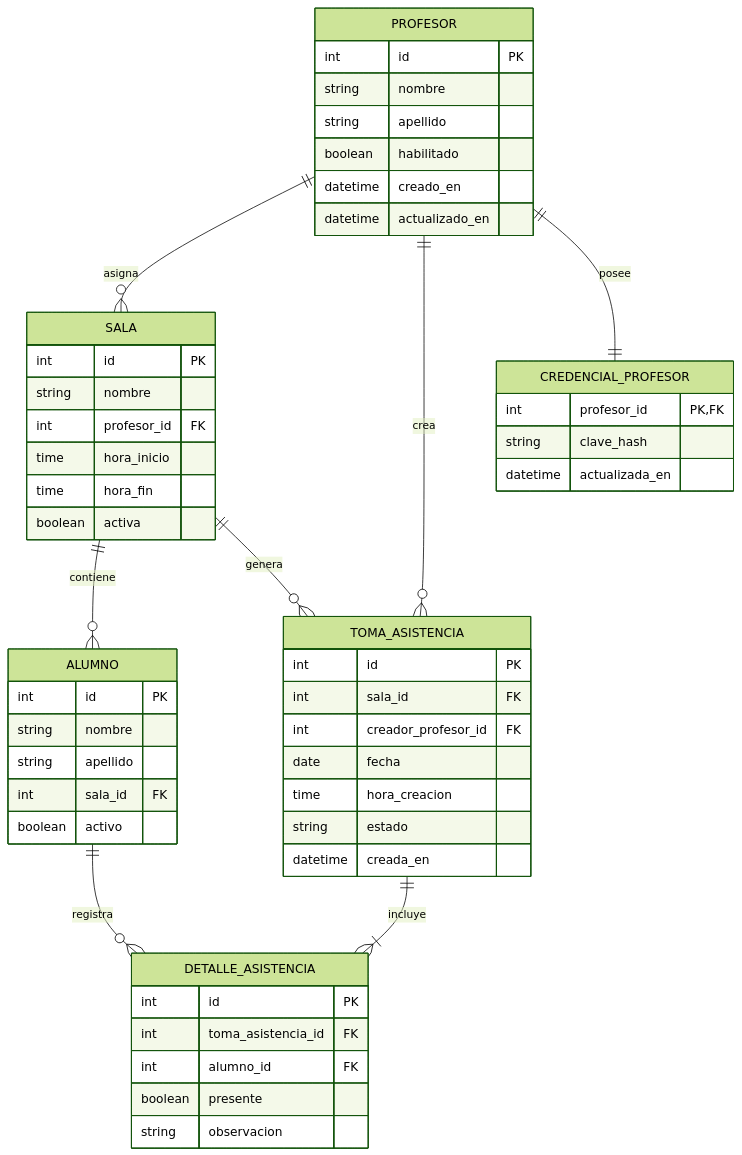
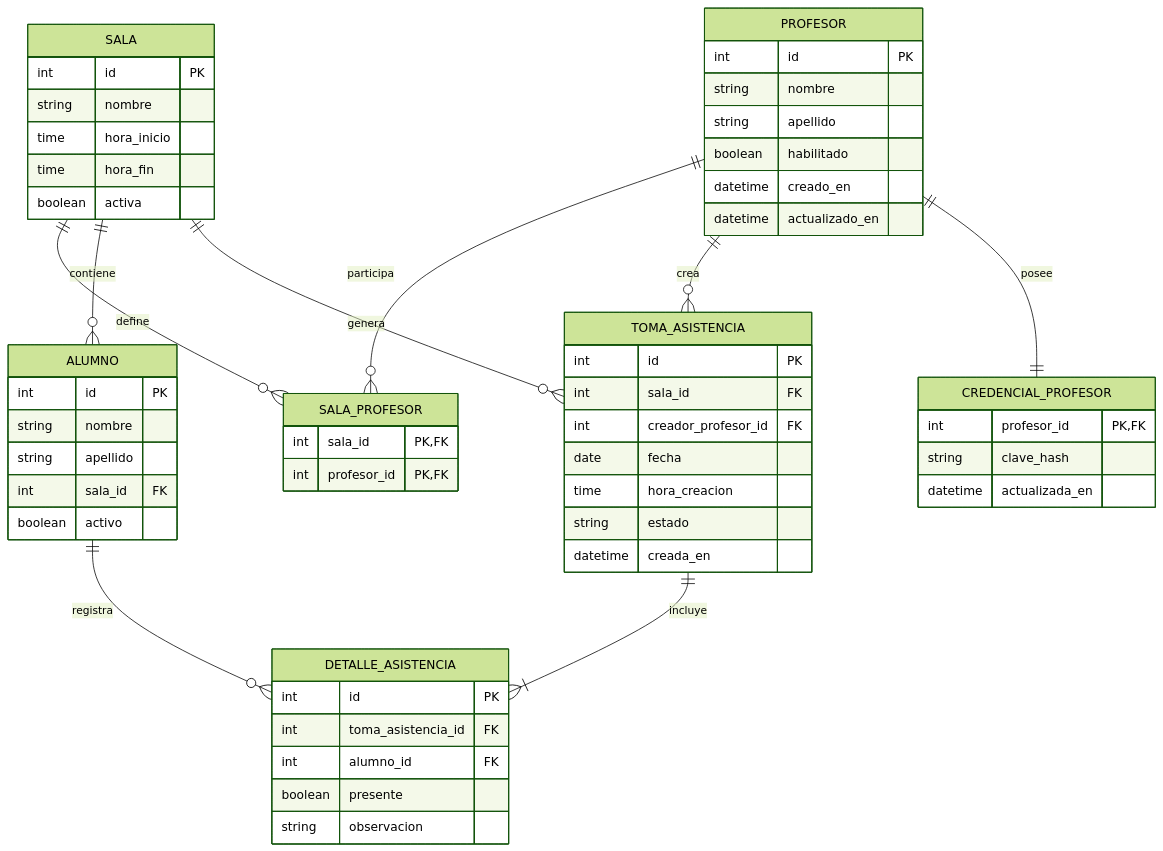
The diagram in diseño/base-de-datos-logica.md (FacuDemarchi/PracticaProfesional), drawn with Mermaid (forest theme) before and after one commit. The commit also changed other lines of this file and 8 other files, not shown here.

First line of the commit message:
docs(design): update docs and add initial postgres schema

````diff
--- a/diseño/base-de-datos-logica.md
+++ b/diseño/base-de-datos-logica.md
@@ -16,60 +17,65 @@
 ```mermaid
 erDiagram
-    PROFESOR ||--o{ SALA : asigna
+    PROFESOR ||--o{ SALA_PROFESOR : participa
+    SALA ||--o{ SALA_PROFESOR : define
     SALA ||--o{ ALUMNO : contiene
     SALA ||--o{ TOMA_ASISTENCIA : genera
     PROFESOR ||--o{ TOMA_ASISTENCIA : crea
     TOMA_ASISTENCIA ||--|{ DETALLE_ASISTENCIA : incluye
     ALUMNO ||--o{ DETALLE_ASISTENCIA : registra
     PROFESOR ||--|| CREDENCIAL_PROFESOR : posee
 
     PROFESOR {
         int id PK
         string nombre
         string apellido
         boolean habilitado
         datetime creado_en
         datetime actualizado_en
     }
 
     CREDENCIAL_PROFESOR {
         int profesor_id PK,FK
         string clave_hash
         datetime actualizada_en
     }
 
     SALA {
         int id PK
         string nombre
-        int profesor_id FK
         time hora_inicio
         time hora_fin
         boolean activa
+    }
+
+    SALA_PROFESOR {
+        int sala_id PK,FK
+        int profesor_id PK,FK
     }
 
     ALUMNO {
         int id PK
         string nombre
         string apellido
         int sala_id FK
         boolean activo
     }
 
     TOMA_ASISTENCIA {
         int id PK
         int sala_id FK
         int creador_profesor_id FK
         date fecha
         time hora_creacion
         string estado
         datetime creada_en
     }
 
     DETALLE_ASISTENCIA {
         int id PK
         int toma_asistencia_id FK
         int alumno_id FK
         boolean presente
         string observacion
     }
 ```
````
